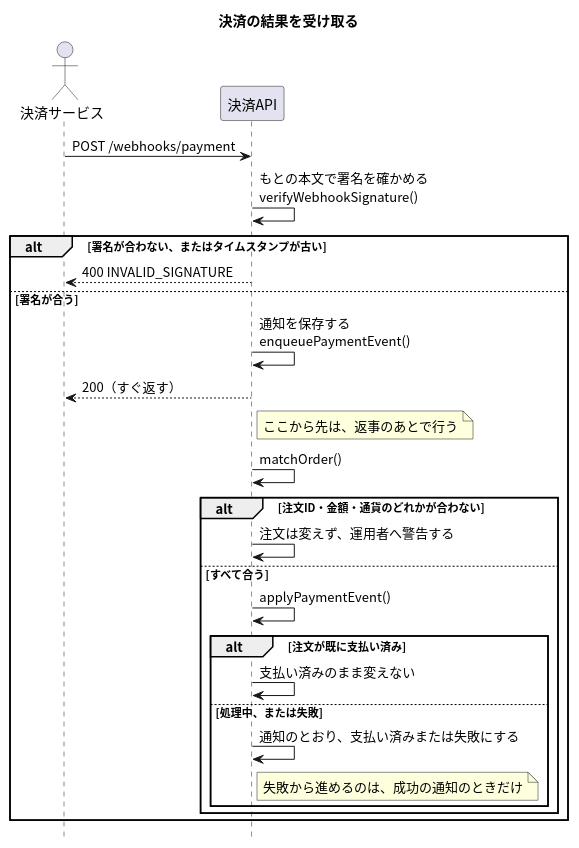
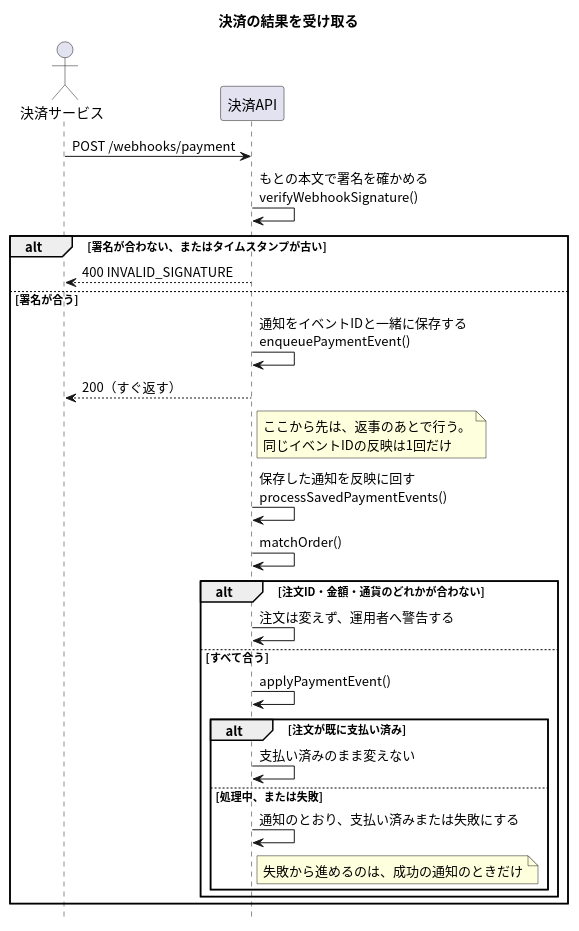
One commit to masamasamasato/design-doc-template changed the diagram in apis/payment-webhook/入口.puml. Above: the diagram before and after it, drawn with PlantUML. The commit also changed 17 other files, not shown here.

```diff
--- a/apis/payment-webhook/入口.puml
+++ b/apis/payment-webhook/入口.puml
@@ -1,33 +1,34 @@
 @startuml
 skinparam shadowing false
 skinparam defaultFontName "Noto Sans CJK JP"
 skinparam SequenceFontName "Noto Sans CJK JP"
 hide footbox
 
 title 決済の結果を受け取る
 
 actor "決済サービス" as PSP
 participant "決済API" as API
 
 PSP -> API : POST /webhooks/payment
 API -> API : もとの本文で署名を確かめる\nverifyWebhookSignature()
 alt 署名が合わない、またはタイムスタンプが古い
   API --> PSP : 400 INVALID_SIGNATURE
 else 署名が合う
-  API -> API : 通知を保存する\nenqueuePaymentEvent()
+  API -> API : 通知をイベントIDと一緒に保存する\nenqueuePaymentEvent()
   API --> PSP : 200（すぐ返す）
-  note right of API : ここから先は、返事のあとで行う
+  note right of API : ここから先は、返事のあとで行う。\n同じイベントIDの反映は1回だけ
+  API -> API : 保存した通知を反映に回す\nprocessSavedPaymentEvents()
   API -> API : matchOrder()
   alt 注文ID・金額・通貨のどれかが合わない
     API -> API : 注文は変えず、運用者へ警告する
   else すべて合う
     API -> API : applyPaymentEvent()
     alt 注文が既に支払い済み
       API -> API : 支払い済みのまま変えない
     else 処理中、または失敗
       API -> API : 通知のとおり、支払い済みまたは失敗にする
       note right of API : 失敗から進めるのは、成功の通知のときだけ
     end
   end
 end
 @enduml
```
